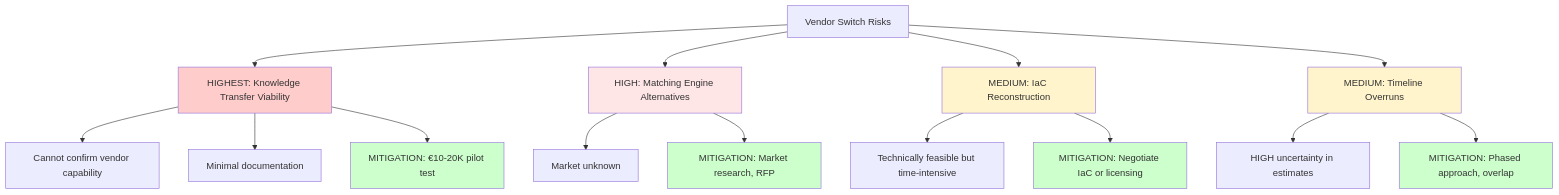
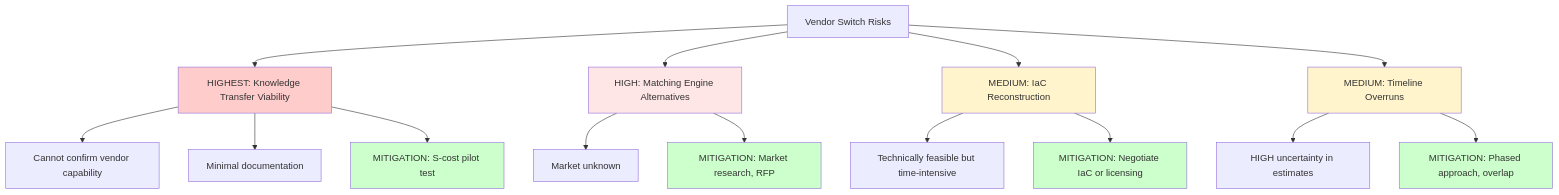
Before and after one commit to elbabass/audit_cisac: the fifth of 5 diagrams in docs/deliverables/first-restitution-2025-11-24/presentation/part5-vendor-lock-in.md, drawn with Mermaid. The commit also changed other lines of this file, not shown here.

````diff
--- a/docs/deliverables/first-restitution-2025-11-24/presentation/part5-vendor-lock-in.md
+++ b/docs/deliverables/first-restitution-2025-11-24/presentation/part5-vendor-lock-in.md
@@ -505,29 +671,29 @@
 ```mermaid
 graph TD
     A[Vendor Switch Risks] --> B[HIGHEST: Knowledge Transfer Viability]
     A --> C[HIGH: Matching Engine Alternatives]
     A --> D[MEDIUM: IaC Reconstruction]
     A --> E[MEDIUM: Timeline Overruns]
 
     B --> B1[Cannot confirm vendor capability]
     B --> B2[Minimal documentation]
-    B --> B3[MITIGATION: €10-20K pilot test]
+    B --> B3[MITIGATION: S-cost pilot test]
 
     C --> C1[Market unknown]
     C --> C2[MITIGATION: Market research, RFP]
 
     D --> D1[Technically feasible but time-intensive]
     D --> D2[MITIGATION: Negotiate IaC or licensing]
 
     E --> E1[HIGH uncertainty in estimates]
     E --> E2[MITIGATION: Phased approach, overlap]
 
     style B fill:#ffcccc
     style C fill:#ffe6e6
     style D fill:#fff4cc
     style E fill:#fff4cc
     style B3 fill:#ccffcc
     style C2 fill:#ccffcc
     style D2 fill:#ccffcc
     style E2 fill:#ccffcc
 ```
````
